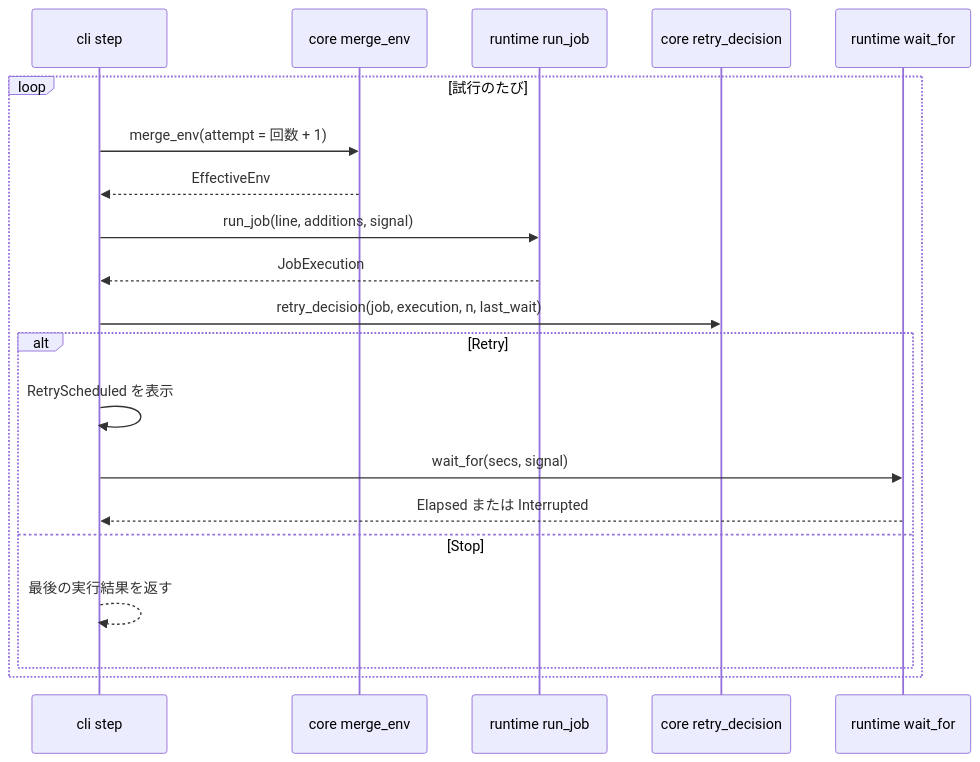
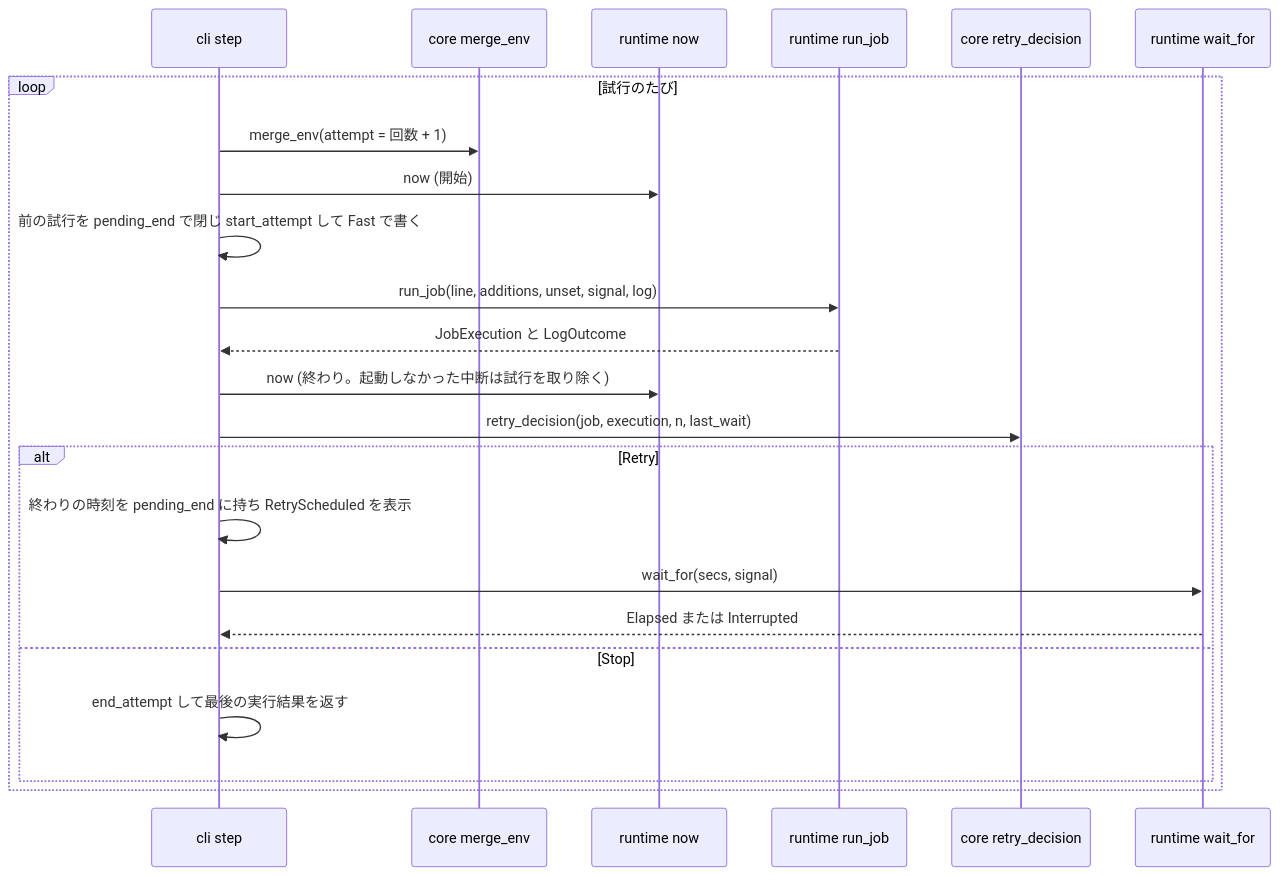
Before and after one commit to agwlvssainokuni/rust-job-conductor: the third of 5 diagrams in aidlc/spaces/default/codekb/rust-job-conductor/architecture.md, drawn with Mermaid. The commit also changed other lines of this file and 15 other files, not shown here.

````diff
--- a/aidlc/spaces/default/codekb/rust-job-conductor/architecture.md
+++ b/aidlc/spaces/default/codekb/rust-job-conductor/architecture.md
@@ -123,22 +125,25 @@
 ```mermaid
 sequenceDiagram
     participant S as cli step
     participant M as core merge_env
+    participant C as runtime now
     participant RT as runtime run_job
     participant D as core retry_decision
     participant W as runtime wait_for
     loop 試行のたび
         S->>M: merge_env(attempt = 回数 + 1)
-        M-->>S: EffectiveEnv
-        S->>RT: run_job(line, additions, signal)
-        RT-->>S: JobExecution
+        S->>C: now (開始)
+        S->>S: 前の試行を pending_end で閉じ start_attempt して Fast で書く
+        S->>RT: run_job(line, additions, unset, signal, log)
+        RT-->>S: JobExecution と LogOutcome
+        S->>C: now (終わり。起動しなかった中断は試行を取り除く)
         S->>D: retry_decision(job, execution, n, last_wait)
         alt Retry
-            S->>S: RetryScheduled を表示
+            S->>S: 終わりの時刻を pending_end に持ち RetryScheduled を表示
             S->>W: wait_for(secs, signal)
             W-->>S: Elapsed または Interrupted
         else Stop
-            S-->>S: 最後の実行結果を返す
+            S->>S: end_attempt して最後の実行結果を返す
         end
     end
 ```
````
